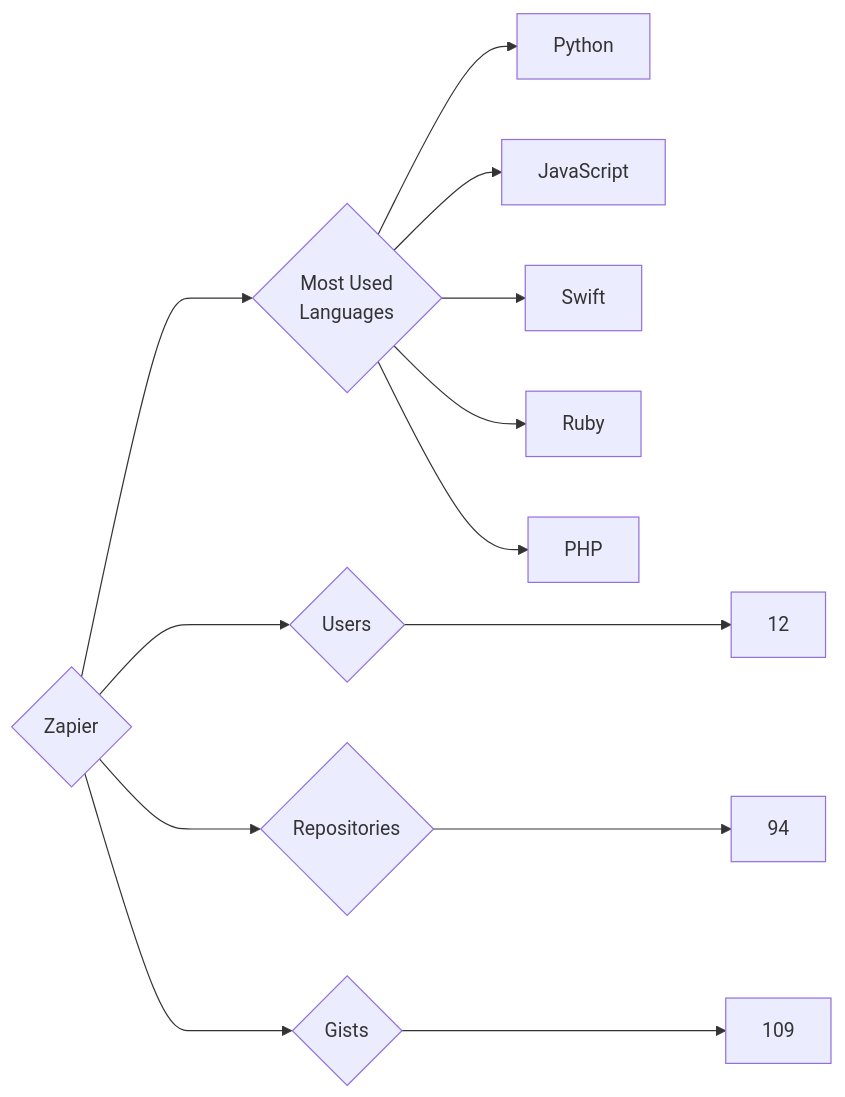
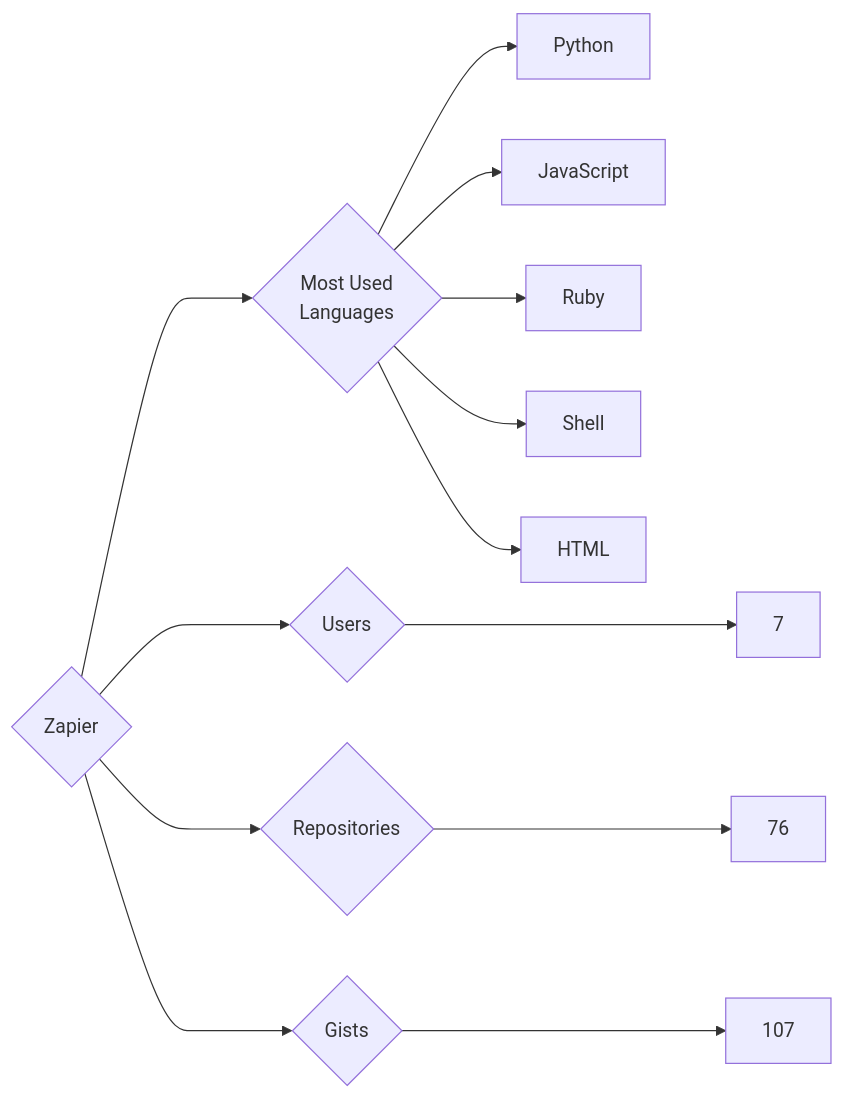
The diagram in targets/Zapier/README.md (trickest/insiders), drawn with Mermaid before and after one commit. The commit also changed 1248 other files, not shown here.

````diff
--- a/targets/Zapier/README.md
+++ b/targets/Zapier/README.md
@@ -3,13 +3,13 @@
 ```mermaid
 graph LR
 COMPANY_NAME{Zapier}
-COMPANY_NAME ---> U{Users} ---> UN[12]
-COMPANY_NAME ---> R{Repositories} ---> RN[94]
-COMPANY_NAME ---> G{Gists} ---> GN[109]
+COMPANY_NAME ---> U{Users} ---> UN[7]
+COMPANY_NAME ---> R{Repositories} ---> RN[76]
+COMPANY_NAME ---> G{Gists} ---> GN[107]
 COMPANY_NAME ---> ML{Most Used<br>Languages}
 ML --> Python[Python]
 ML --> JavaScript[JavaScript]
-ML --> Swift[Swift]
 ML --> Ruby[Ruby]
-ML --> PHP[PHP]
+ML --> Shell[Shell]
+ML --> HTML[HTML]
 ```
````
